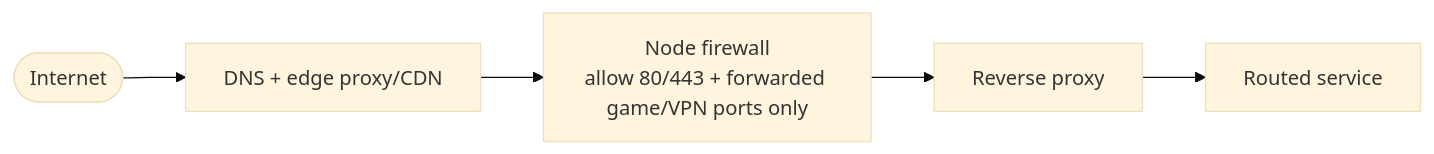
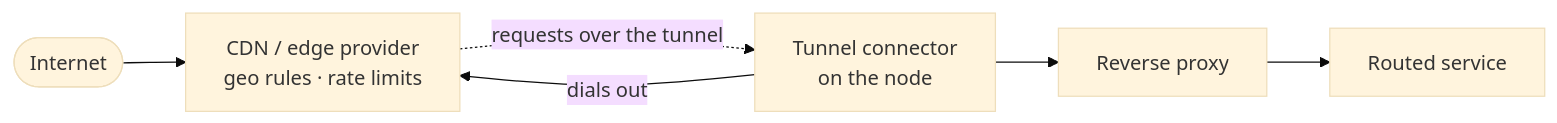
One commit to MarioLealP/homelab-platform-blueprint changed the second of 5 diagrams in docs/03-networking-and-access.md. Above: the diagram before and after it, drawn with Mermaid (base theme). The commit also changed other lines of this file and 13 other files, not shown here.

````diff
--- a/docs/03-networking-and-access.md
+++ b/docs/03-networking-and-access.md
@@ -43,7 +59,8 @@
 ```mermaid
 flowchart LR
-    net([Internet]) --> dns[DNS + edge proxy/CDN]
-    dns --> fw[Node firewall<br/>allow 80/443 + forwarded game/VPN ports only]
-    fw --> rp[Reverse proxy]
+    net([Internet]) --> cdn[CDN / edge provider<br/>geo rules · rate limits]
+    connector[Tunnel connector<br/>on the node] -->|dials out| cdn
+    cdn -.->|requests over the tunnel| connector
+    connector --> rp[Reverse proxy]
     rp --> svc[Routed service]
 ```
````
